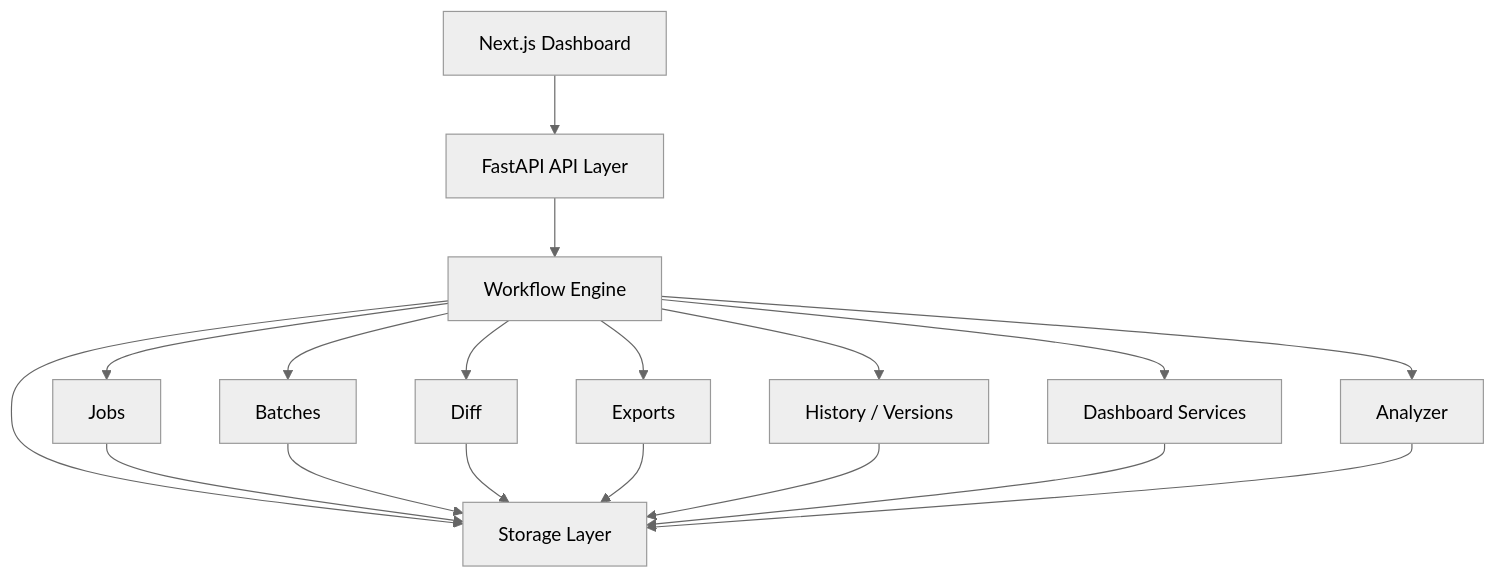
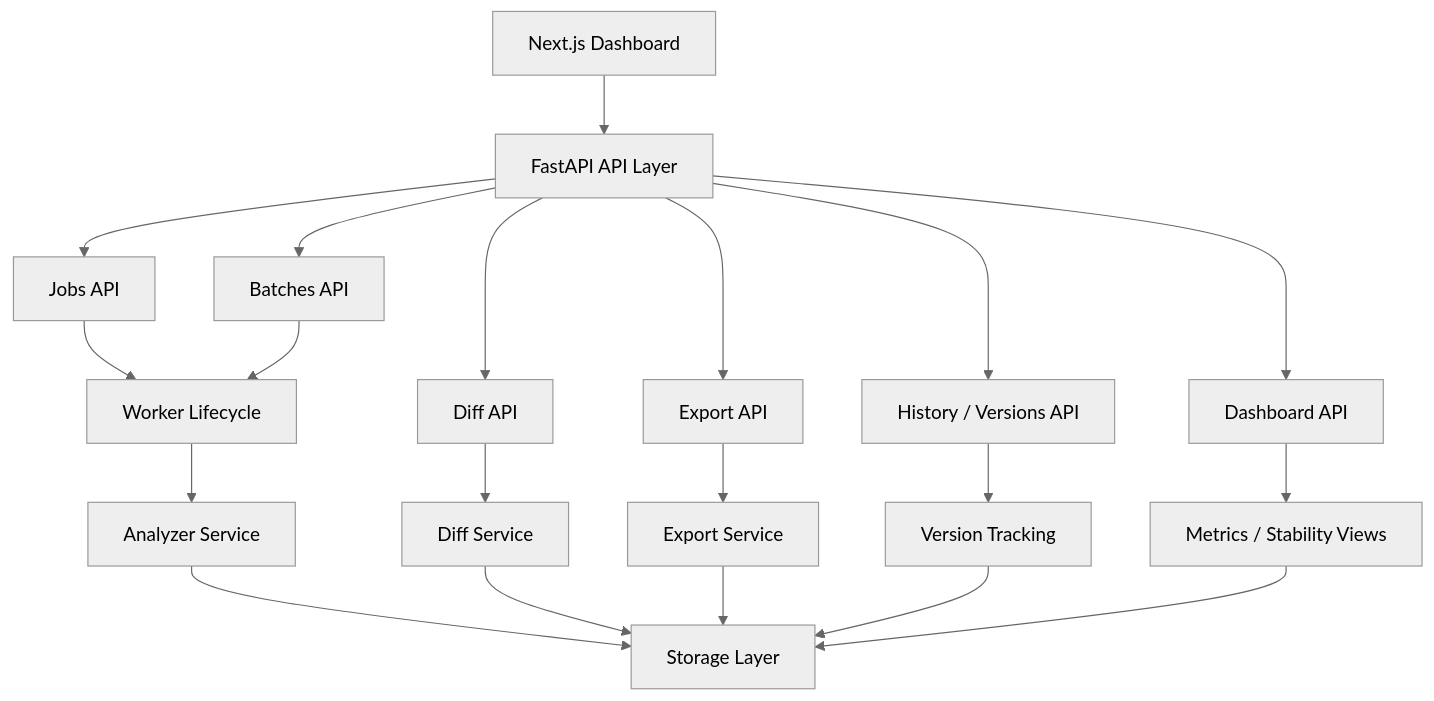
One commit to kritibehl/ResuMate changed the diagram in README.md. Above: the diagram before and after it, drawn with Mermaid (neutral theme). The commit also changed other lines of this file and 1 other file, not shown here.

Commit message:
docs: add async workflow, status model, timeline, and screenshots

````diff
--- a/README.md
+++ b/README.md
@@ -69,21 +78,25 @@
 ```mermaid
 flowchart TD
     A[Next.js Dashboard] --> B[FastAPI API Layer]
-    B --> C[Workflow Engine]
-    C --> D[Jobs]
-    C --> E[Batches]
-    C --> F[Diff]
-    C --> G[Exports]
-    C --> H[History / Versions]
-    C --> I[Dashboard Services]
-    C --> J[Storage Layer]
-    C --> K[Analyzer]
+    B --> C[Jobs API]
+    B --> D[Batches API]
+    B --> E[Diff API]
+    B --> F[Export API]
+    B --> G[History / Versions API]
+    B --> H[Dashboard API]
 
-    D --> J
-    E --> J
-    F --> J
-    G --> J
-    H --> J
-    I --> J
-    K --> J
+    C --> I[Worker Lifecycle]
+    D --> I
+    I --> J[Analyzer Service]
+
+    E --> K[Diff Service]
+    F --> L[Export Service]
+    G --> M[Version Tracking]
+    H --> N[Metrics / Stability Views]
+
+    J --> O[Storage Layer]
+    K --> O
+    L --> O
+    M --> O
+    N --> O
 ```
````
